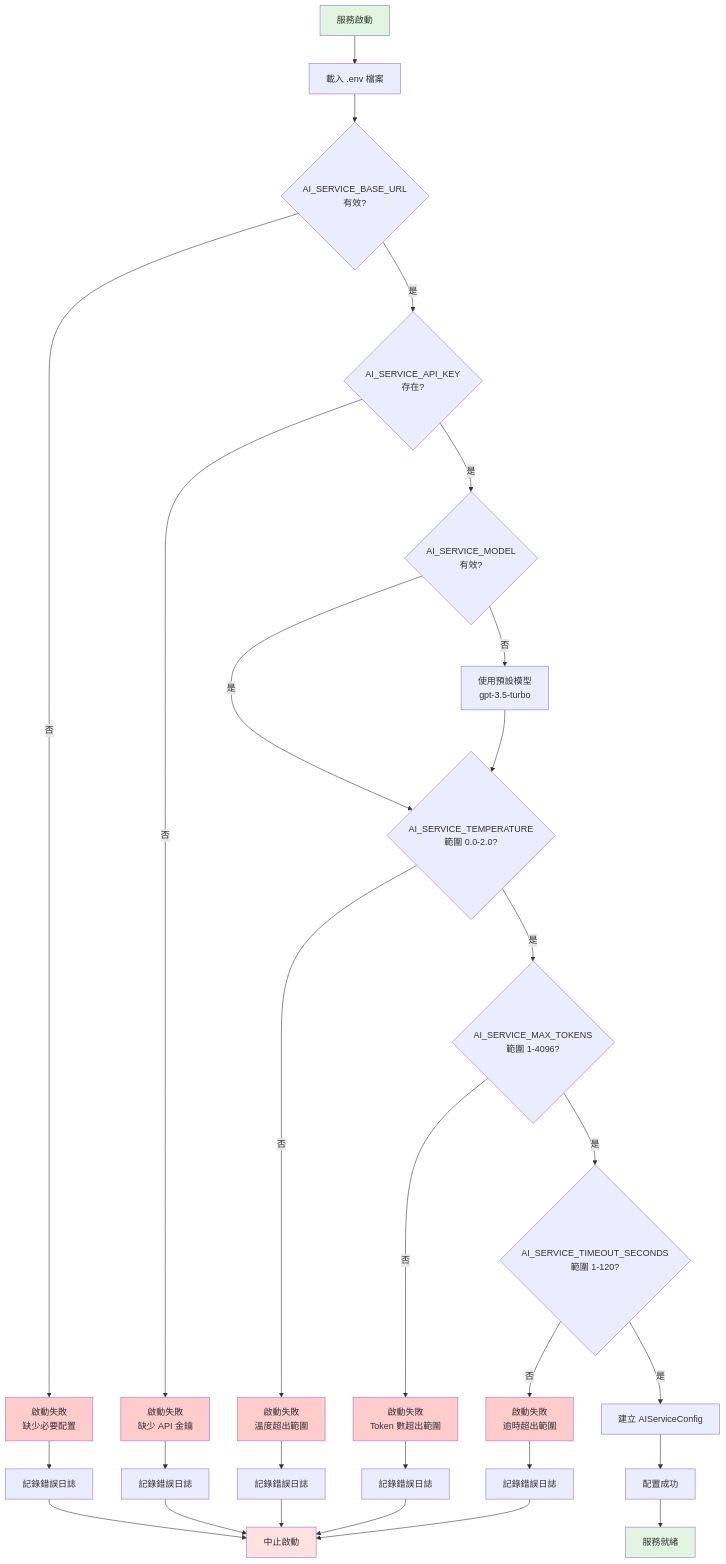
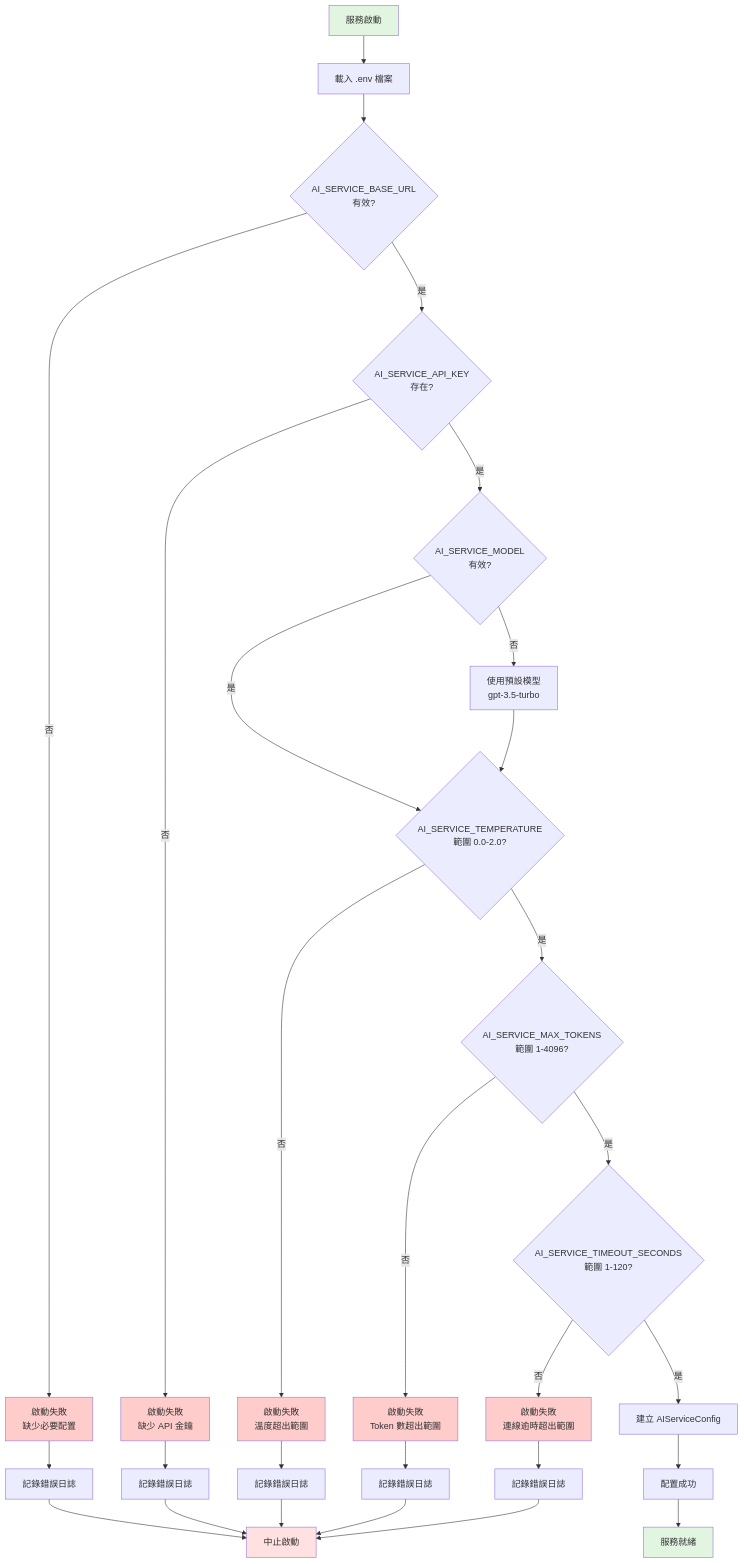
The sixth of 7 diagrams in docs/architecture/ai-chat-flow.md (LaiTszKin/LTDJMS), drawn with Mermaid before and after one commit. The commit also changed other lines of this file and 28 other files, not shown here.

````diff
--- a/docs/architecture/ai-chat-flow.md
+++ b/docs/architecture/ai-chat-flow.md
@@ -332,46 +332,46 @@
 ```mermaid
 flowchart TD
     StartConfig[服務啟動] --> LoadEnv[載入 .env 檔案]
     LoadEnv --> ValidateBaseURL{AI_SERVICE_BASE_URL<br/>有效?}
     ValidateBaseURL -->|否| ConfigError1[啟動失敗<br/>缺少必要配置]
     ValidateBaseURL -->|是| ValidateKey{AI_SERVICE_API_KEY<br/>存在?}
 
     ValidateKey -->|否| ConfigError2[啟動失敗<br/>缺少 API 金鑰]
     ValidateKey -->|是| ValidateModel{AI_SERVICE_MODEL<br/>有效?}
 
     ValidateModel -->|否| UseDefault[使用預設模型<br/>gpt-3.5-turbo]
     ValidateModel -->|是| ValidateTemp{AI_SERVICE_TEMPERATURE<br/>範圍 0.0-2.0?}
 
     UseDefault --> ValidateTemp
     ValidateTemp -->|否| ConfigError3[啟動失敗<br/>溫度超出範圍]
     ValidateTemp -->|是| ValidateTokens{AI_SERVICE_MAX_TOKENS<br/>範圍 1-4096?}
 
     ValidateTokens -->|否| ConfigError4[啟動失敗<br/>Token 數超出範圍]
     ValidateTokens -->|是| ValidateTimeout{AI_SERVICE_TIMEOUT_SECONDS<br/>範圍 1-120?}
 
-    ValidateTimeout -->|否| ConfigError5[啟動失敗<br/>逾時超出範圍]
+    ValidateTimeout -->|否| ConfigError5[啟動失敗<br/>連線逾時超出範圍]
     ValidateTimeout -->|是| CreateConfig[建立 AIServiceConfig]
 
     CreateConfig --> Success[配置成功]
     ConfigError1 --> Fail1[記錄錯誤日誌]
     ConfigError2 --> Fail2[記錄錯誤日誌]
     ConfigError3 --> Fail3[記錄錯誤日誌]
     ConfigError4 --> Fail4[記錄錯誤日誌]
     ConfigError5 --> Fail5[記錄錯誤日誌]
 
     Fail1 --> Abort[中止啟動]
     Fail2 --> Abort
     Fail3 --> Abort
     Fail4 --> Abort
     Fail5 --> Abort
     Success --> Ready[服務就緒]
 
     style StartConfig fill:#e1f5e1
     style Ready fill:#e1f5e1
     style Abort fill:#ffe1e1
     style ConfigError1 fill:#ffcccc
     style ConfigError2 fill:#ffcccc
     style ConfigError3 fill:#ffcccc
     style ConfigError4 fill:#ffcccc
     style ConfigError5 fill:#ffcccc
 ```
````
